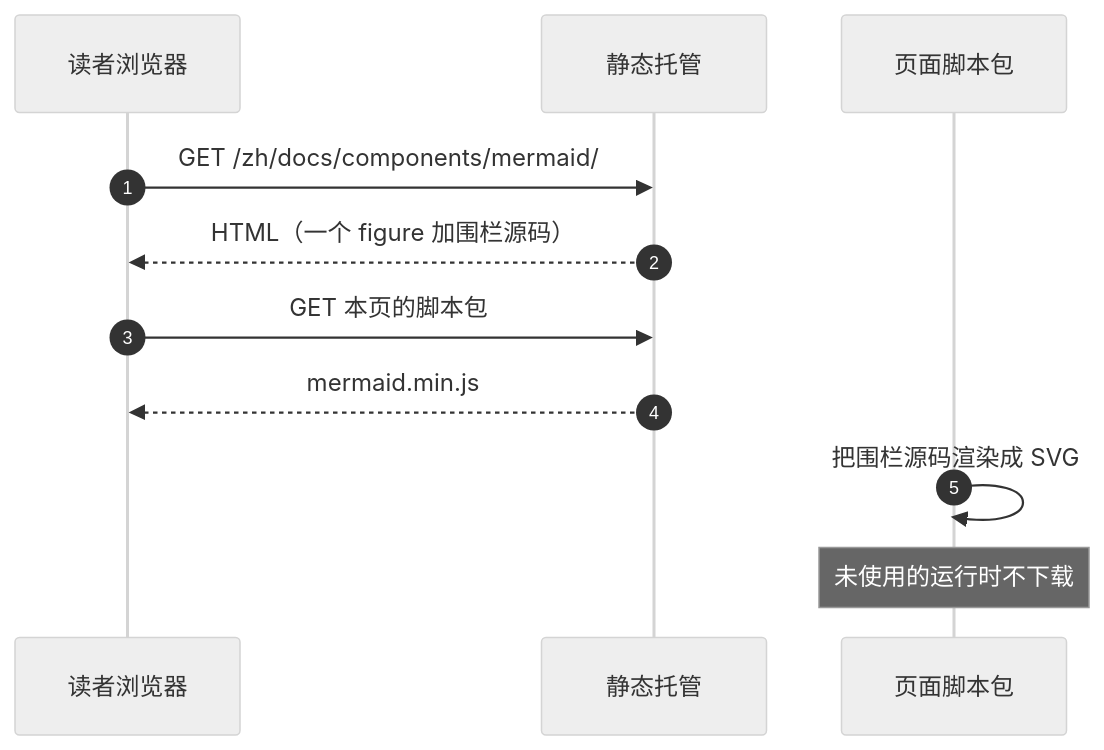
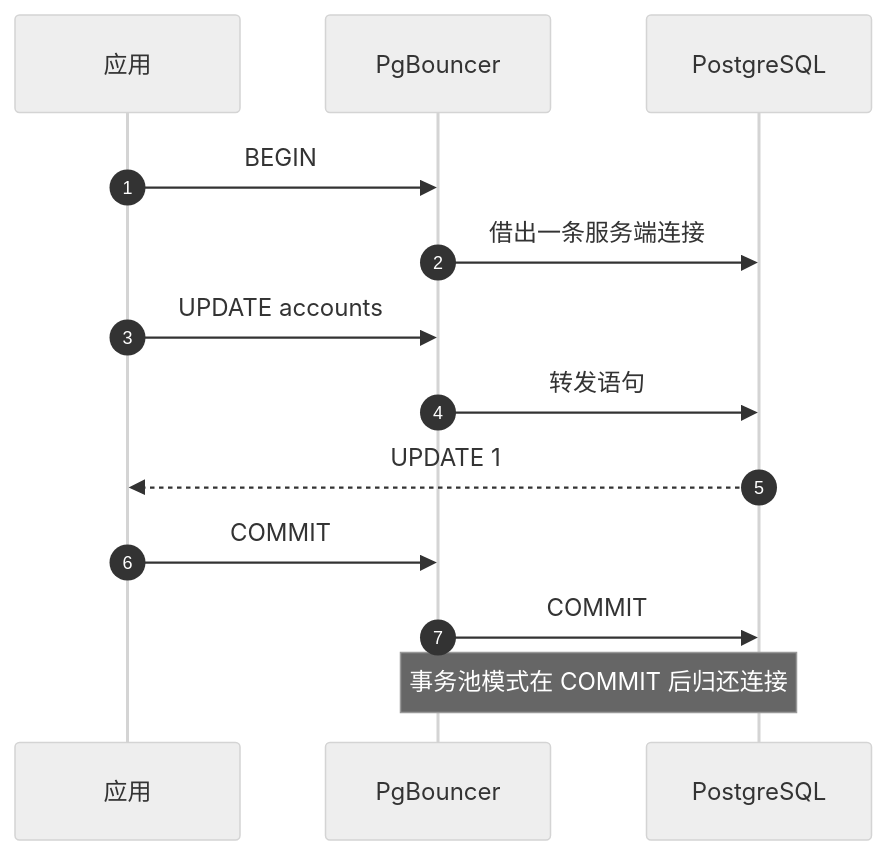
Before and after one commit to pgsty/oink.pgsty.com: the second of 9 diagrams in content/docs/components/mermaid.zh.md, drawn with Mermaid (neutral theme). The commit also changed other lines of this file and 148 other files, not shown here.

````diff
--- a/content/docs/components/mermaid.zh.md
+++ b/content/docs/components/mermaid.zh.md
@@ -55,13 +55,15 @@
 ```mermaid
 sequenceDiagram
   autonumber
-  participant 读者 as 读者浏览器
-  participant CDN as 静态托管
-  participant JS as 页面脚本包
-  读者->>CDN: GET /zh/docs/components/mermaid/
-  CDN-->>读者: HTML（一个 figure 加围栏源码）
-  读者->>CDN: GET 本页的脚本包
-  CDN-->>读者: mermaid.min.js
-  JS->>JS: 把围栏源码渲染成 SVG
-  Note over JS: 未使用的运行时不下载
+  participant App as 应用
+  participant Pool as PgBouncer
+  participant DB as PostgreSQL
+  App->>Pool: BEGIN
+  Pool->>DB: 借出一条服务端连接
+  App->>Pool: UPDATE accounts
+  Pool->>DB: 转发语句
+  DB-->>App: UPDATE 1
+  App->>Pool: COMMIT
+  Pool->>DB: COMMIT
+  Note over Pool,DB: 事务池模式在 COMMIT 后归还连接
 ```
````
